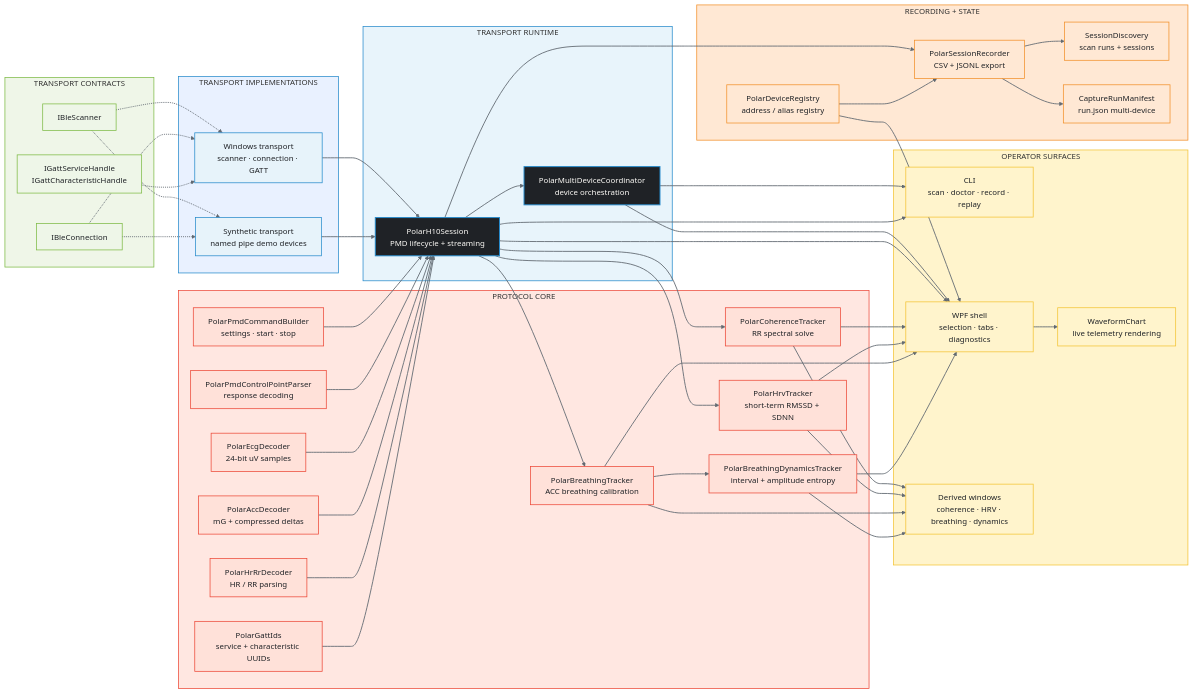
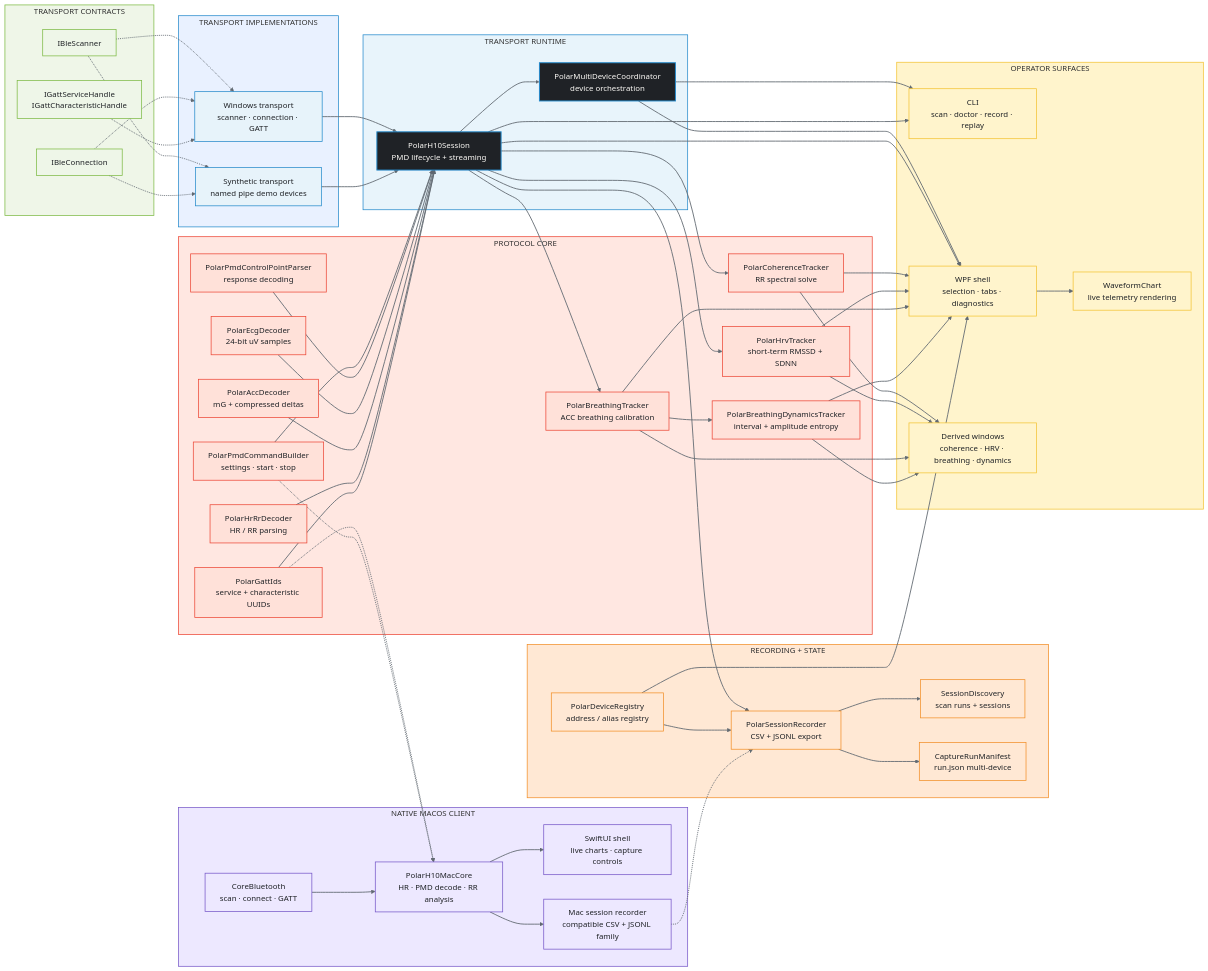
The second of 3 diagrams in README.md (MesmerPrism/PolarH10), drawn with Mermaid (neutral theme) before and after one commit. The commit also changed other lines of this file and 38 other files, not shown here.

Commit message:
Add native macOS app and release

````diff
--- a/README.md
+++ b/README.md
@@ -405,6 +453,13 @@
         G3["WaveformChart<br/>live telemetry rendering"]
     end
 
+    subgraph MacClient["NATIVE MACOS CLIENT"]
+        MB["CoreBluetooth<br/>scan · connect · GATT"]
+        MC["PolarH10MacCore<br/>HR · PMD decode · RR analysis"]
+        MG["SwiftUI shell<br/>live charts · capture controls"]
+        MR["Mac session recorder<br/>compatible CSV + JSONL family"]
+    end
+
     PMD --> SE
     CP --> SE
     EC --> SE
@@ -441,6 +496,12 @@
     BD --> G1
     BD --> G2
     G1 --> G3
+    MB --> MC
+    MC --> MG
+    MC --> MR
+    GID -.-> MC
+    PMD -.-> MC
+    MR -.-> RE
 
     style Protocol fill:#FFE7E1,stroke:#EC4736,stroke-width:1.5px;
     style Transport fill:#EFF6E8,stroke:#7DBA44,stroke-width:1.5px;
@@ -448,6 +509,7 @@
     style Implementations fill:#E9F1FF,stroke:#258ACB,stroke-width:1.5px;
     style Recording fill:#FFE8D4,stroke:#F28F28,stroke-width:1.5px;
     style Surfaces fill:#FFF4CC,stroke:#F3C333,stroke-width:1.5px;
+    style MacClient fill:#EDE8FF,stroke:#7657C8,stroke-width:1.5px;
 
     classDef core fill:#FFE1D9,stroke:#EC4736,color:#1F2226,stroke-width:1.5px;
     classDef contracts fill:#EEF6E8,stroke:#7DBA44,color:#1F2226,stroke-width:1.5px;
@@ -455,11 +517,13 @@
     classDef active fill:#1F2226,stroke:#258ACB,color:#FFFDF9,stroke-width:2px;
     classDef record fill:#FFE8D4,stroke:#F28F28,color:#1F2226,stroke-width:1.5px;
     classDef surface fill:#FFF4CC,stroke:#F3C333,color:#1F2226,stroke-width:1.5px;
+    classDef mac fill:#EDE8FF,stroke:#7657C8,color:#1F2226,stroke-width:1.5px;
     class EC,AC,HR,CH,HV,BR,BD,PMD,CP,GID core;
     class IS,IC,IG contracts;
     class WB,SB impl;
     class SE,MD active;
     class RE,SD,MA,DR record;
     class C1,G1,G2,G3 surface;
+    class MB,MC,MG,MR mac;
     linkStyle default stroke:#626A72,stroke-width:1.8px;
 ```
````
